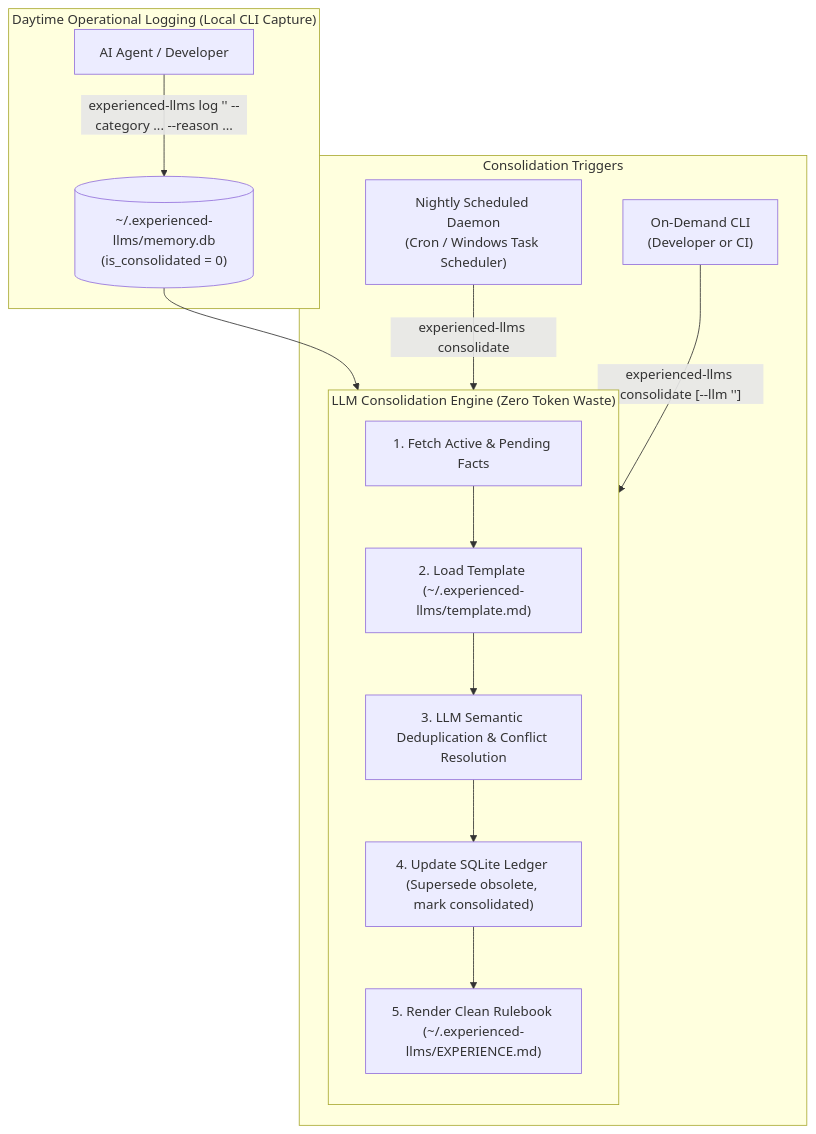
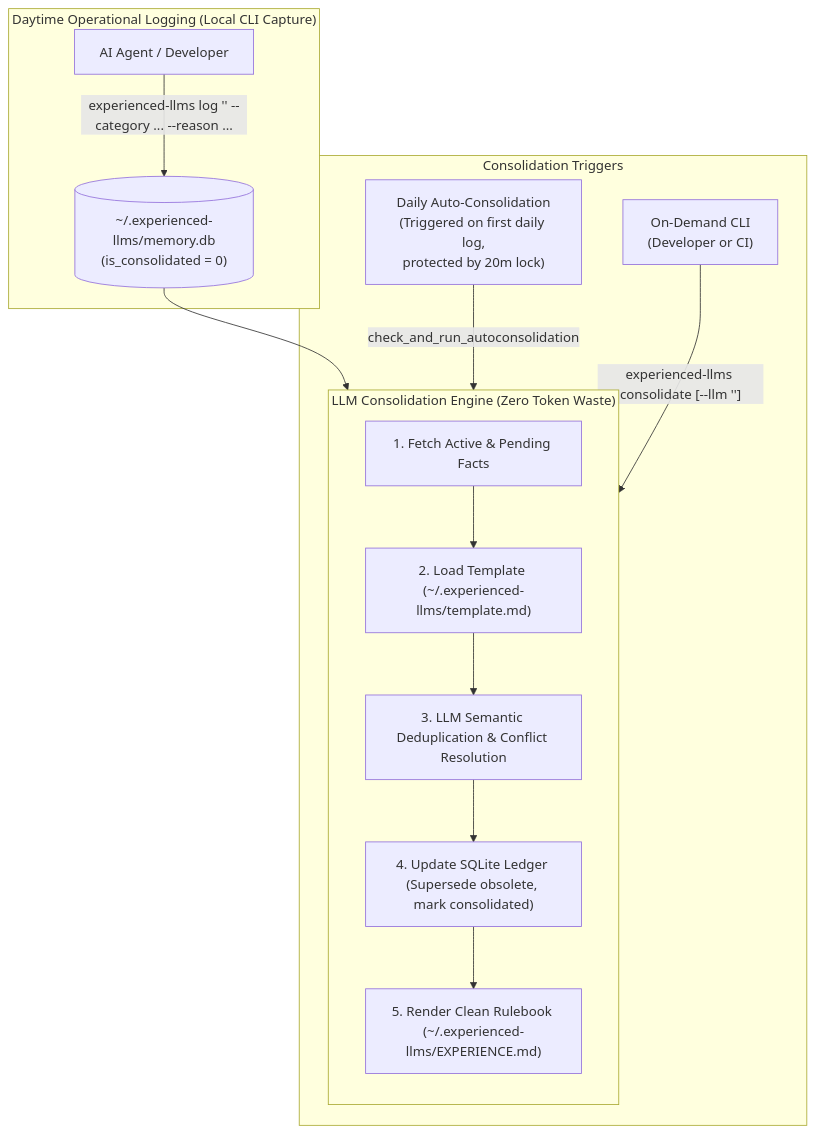
The diagram in docs/ARCHITECTURE.md (developer88/experienced-llms), drawn with Mermaid before and after one commit. The commit also changed other lines of this file and 16 other files, not shown here.

Commit message:
feat: replace cron scheduler with daily auto-consolidation and 20-min concurrency lock

````diff
--- a/docs/ARCHITECTURE.md
+++ b/docs/ARCHITECTURE.md
@@ -9,20 +9,20 @@
 ```mermaid
 flowchart TD
     subgraph Daytime ["Daytime Operational Logging (Local CLI Capture)"]
         Agent["AI Agent / Developer"] -->|"experienced-llms log '<rule>' --category ... --reason ..."| DB[("~/.experienced-llms/memory.db<br/>(is_consolidated = 0)")]
     end
 
     subgraph Consolidation ["LLM Consolidation Engine (Zero Token Waste)"]
         direction TB
         DB --> ReadFacts["1. Fetch Active & Pending Facts"]
         ReadFacts --> LoadTemplate["2. Load Template (~/.experienced-llms/template.md)"]
         LoadTemplate --> Reason["3. LLM Semantic Deduplication & Conflict Resolution"]
         Reason --> Apply["4. Update SQLite Ledger (Supersede obsolete, mark consolidated)"]
         Apply --> OutputFile["5. Render Clean Rulebook (~/.experienced-llms/EXPERIENCE.md)"]
     end
 
     subgraph Triggers ["Consolidation Triggers"]
-        Cron["Nightly Scheduled Daemon<br/>(Cron / Windows Task Scheduler)"] -->|"experienced-llms consolidate"| Consolidation
+        Auto["Daily Auto-Consolidation<br/>(Triggered on first daily log,<br/>protected by 20m lock)"] -->|"check_and_run_autoconsolidation"| Consolidation
         Manual["On-Demand CLI<br/>(Developer or CI)"] -->|"experienced-llms consolidate [--llm '<cmd>']"| Consolidation
     end
 ```
````
